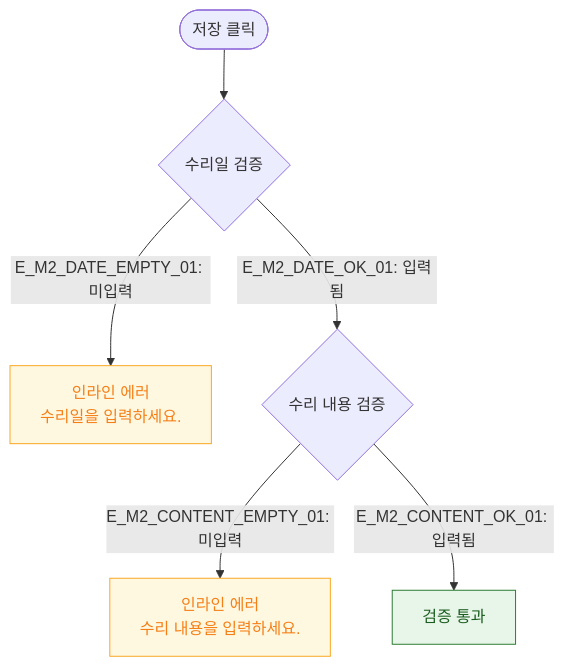
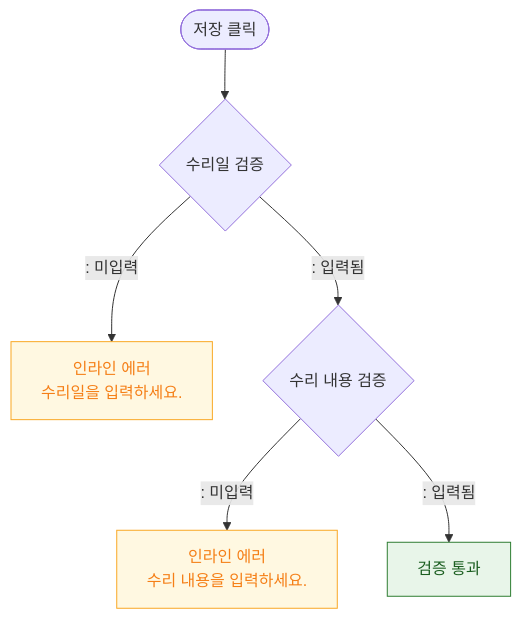
Before and after one commit to dev-spogym/admin-pando: the diagram in docs/다이어그램/D06_시설관리/DLG/DLG-056-003_수리등록/M2_필드검증.md, drawn with Mermaid. The commit also changed other lines of this file and 1660 other files, not shown here.

First line of the commit message:
다이어그램: 기획자/클라이언트 납품본으로 정리

````diff
--- a/docs/다이어그램/D06_시설관리/DLG/DLG-056-003_수리등록/M2_필드검증.md
+++ b/docs/다이어그램/D06_시설관리/DLG/DLG-056-003_수리등록/M2_필드검증.md
@@ -16,13 +14,13 @@
 ```mermaid
 flowchart TD
     SUBMIT([저장 클릭]) --> V1{수리일 검증}
-    V1 -->|"E_M2_DATE_EMPTY_01: 미입력"| ErrDate[인라인 에러\n수리일을 입력하세요.]
-    V1 -->|"E_M2_DATE_OK_01: 입력됨"| V2{수리 내용 검증}
-    V2 -->|"E_M2_CONTENT_EMPTY_01: 미입력"| ErrContent[인라인 에러\n수리 내용을 입력하세요.]
-    V2 -->|"E_M2_CONTENT_OK_01: 입력됨"| PASS[검증 통과]
+    V1 -->|": 미입력"|ErrDate[인라인 에러\n수리일을 입력하세요.]
+    V1 -->|": 입력됨"|V2{수리 내용 검증}
+    V2 -->|": 미입력"|ErrContent[인라인 에러\n수리 내용을 입력하세요.]
+    V2 -->|": 입력됨"|PASS[검증 통과]
 
     classDef warning fill:#FFF8E1,stroke:#F9A825,color:#F57F17
     classDef success fill:#E8F5E9,stroke:#2E7D32,color:#1B5E20
     class ErrDate,ErrContent warning
     class PASS success
 ```
````
